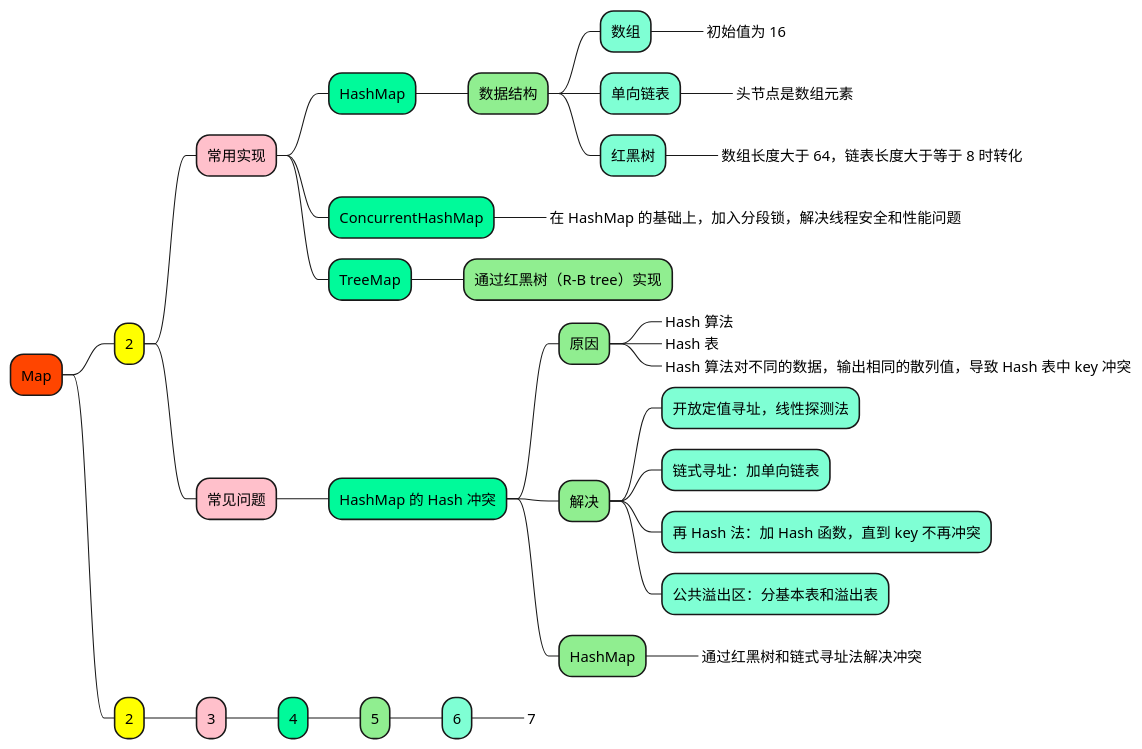
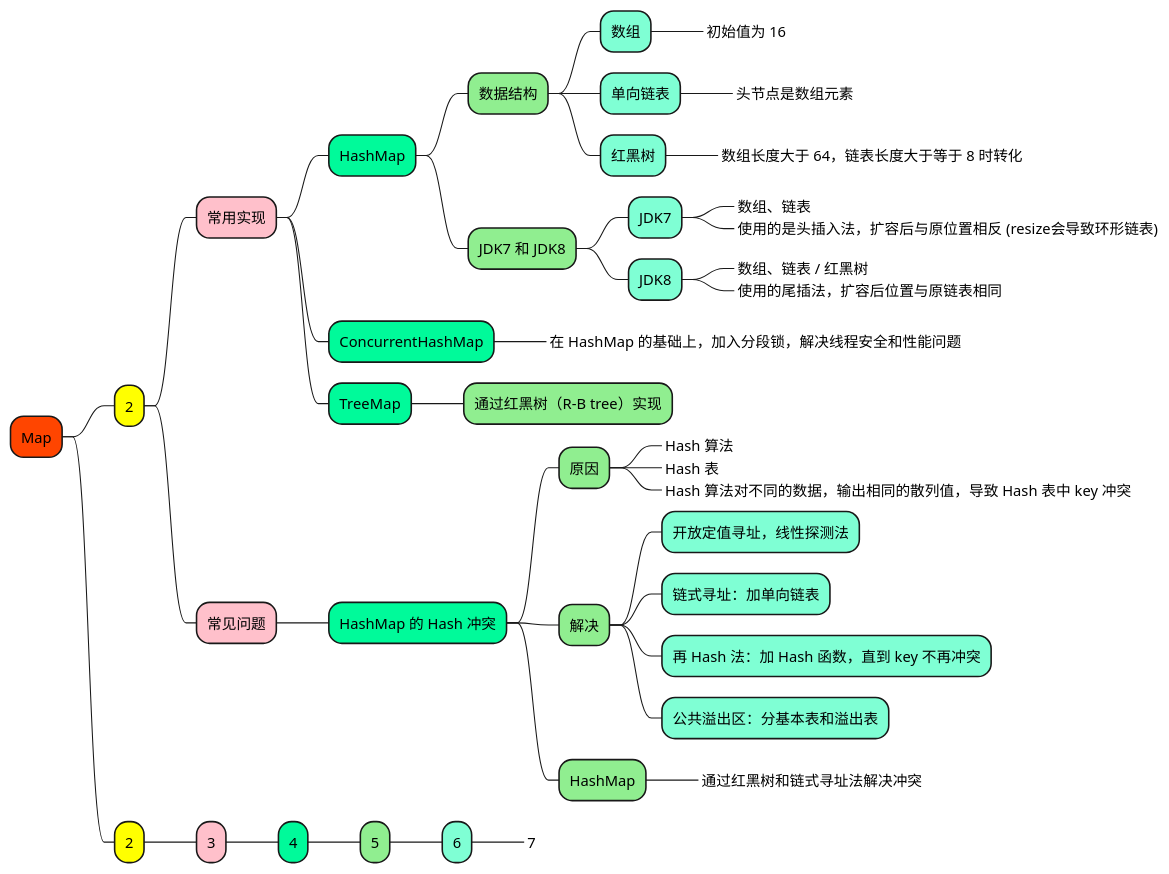
Before and after one commit to doveg/self-cultivation-of-a-software-engineer: the diagram in 1_map/1-java/Java-map.puml, drawn with PlantUML. The commit also changed 3 other files, not shown here.

```diff
--- a/1_map/1-java/Java-map.puml
+++ b/1_map/1-java/Java-map.puml
@@ -1,56 +1,65 @@
 @startmindmap
 
 +[#OrangeRed] Map
 
 ++[#yellow] 2
 
 +++[#Pink] 常用实现
 
 ++++[#MediumSpringGreen] HashMap
 
 +++++[#LightGreen] 数据结构
 ++++++[#Aquamarine] 数组
 +++++++[#Aquamarine]_ 初始值为 16
 ++++++[#Aquamarine] 单向链表
 +++++++[#Aquamarine]_ 头节点是数组元素
 ++++++[#Aquamarine] 红黑树
 +++++++[#Aquamarine]_ 数组长度大于 64，链表长度大于等于 8 时转化
+
++++++[#LightGreen] JDK7 和 JDK8
+++++++[#Aquamarine] JDK7
++++++++[#Aquamarine]_ 数组、链表
++++++++[#Aquamarine]_ 使用的是头插入法，扩容后与原位置相反 (resize会导致环形链表)
+++++++[#Aquamarine] JDK8
++++++++[#Aquamarine]_ 数组、链表 / 红黑树
++++++++[#Aquamarine]_ 使用的尾插法，扩容后位置与原链表相同
+
 
 ++++[#MediumSpringGreen] ConcurrentHashMap
 +++++[#MediumSpringGreen]_ 在 HashMap 的基础上，加入分段锁，解决线程安全和性能问题
 
 ++++[#MediumSpringGreen] TreeMap
 +++++[#LightGreen] 通过红黑树（R-B tree）实现
 
 
 +++[#Pink] 常见问题
 
 ++++[#MediumSpringGreen] HashMap 的 Hash 冲突
 
 +++++[#LightGreen] 原因
 ++++++[#Aquamarine]_ Hash 算法
 ++++++[#Aquamarine]_ Hash 表
 ++++++[#Aquamarine]_ Hash 算法对不同的数据，输出相同的散列值，导致 Hash 表中 key 冲突
 
 +++++[#LightGreen] 解决
 ++++++[#Aquamarine] 开放定值寻址，线性探测法
 ++++++[#Aquamarine] 链式寻址：加单向链表
 ++++++[#Aquamarine] 再 Hash 法：加 Hash 函数，直到 key 不再冲突
 ++++++[#Aquamarine] 公共溢出区：分基本表和溢出表
 
 +++++[#LightGreen] HashMap
 ++++++[#Aquamarine]_ 通过红黑树和链式寻址法解决冲突
 
 
 
 ++[#yellow] 2
 
 +++[#Pink] 3
 
 ++++[#MediumSpringGreen] 4
 +++++[#LightGreen] 5
 ++++++[#Aquamarine] 6
 +++++++[#Aquamarine]_ 7
 
 
 @endmindmap
```
